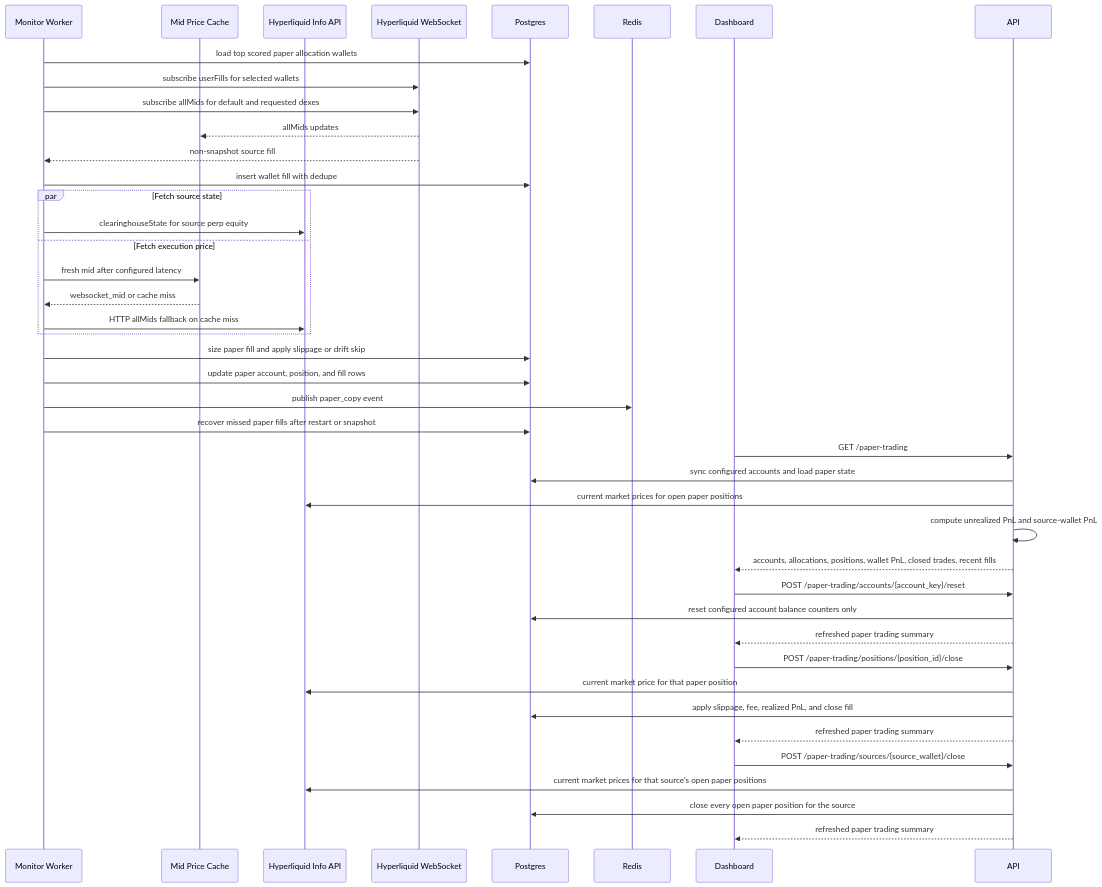
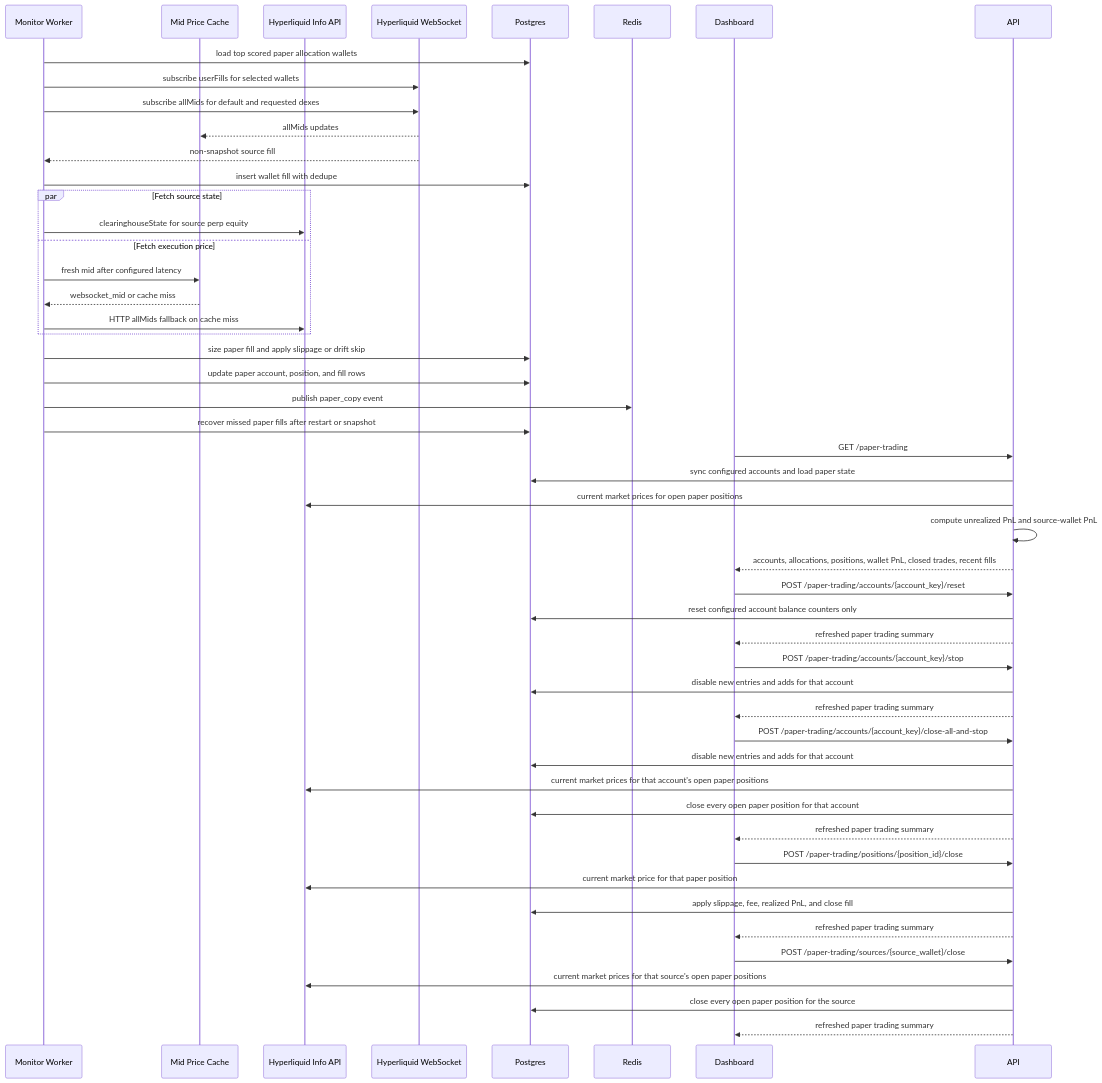
Before and after one commit to DrottPoker/copytrading-agent: the tenth of 10 diagrams in docs/architecture.md, drawn with Mermaid. The commit also changed other lines of this file and 5 other files, not shown here.

Commit message:
start/stop trading knapp patch

````diff
--- a/docs/architecture.md
+++ b/docs/architecture.md
@@ -543,44 +543,52 @@
 ```mermaid
 sequenceDiagram
   participant Worker as Monitor Worker
   participant PriceCache as Mid Price Cache
   participant HL as Hyperliquid Info API
   participant WS as Hyperliquid WebSocket
   participant DB as Postgres
   participant Redis as Redis
   participant UI as Dashboard
 
   Worker->>DB: load top scored paper allocation wallets
   Worker->>WS: subscribe userFills for selected wallets
   Worker->>WS: subscribe allMids for default and requested dexes
   WS-->>PriceCache: allMids updates
   WS-->>Worker: non-snapshot source fill
   Worker->>DB: insert wallet fill with dedupe
   par Fetch source state
     Worker->>HL: clearinghouseState for source perp equity
   and Fetch execution price
     Worker->>PriceCache: fresh mid after configured latency
     PriceCache-->>Worker: websocket_mid or cache miss
     Worker->>HL: HTTP allMids fallback on cache miss
   end
   Worker->>DB: size paper fill and apply slippage or drift skip
   Worker->>DB: update paper account, position, and fill rows
   Worker->>Redis: publish paper_copy event
   Worker->>DB: recover missed paper fills after restart or snapshot
   UI->>API: GET /paper-trading
   API->>DB: sync configured accounts and load paper state
   API->>HL: current market prices for open paper positions
   API->>API: compute unrealized PnL and source-wallet PnL
   API-->>UI: accounts, allocations, positions, wallet PnL, closed trades, recent fills
   UI->>API: POST /paper-trading/accounts/{account_key}/reset
   API->>DB: reset configured account balance counters only
   API-->>UI: refreshed paper trading summary
+  UI->>API: POST /paper-trading/accounts/{account_key}/stop
+  API->>DB: disable new entries and adds for that account
+  API-->>UI: refreshed paper trading summary
+  UI->>API: POST /paper-trading/accounts/{account_key}/close-all-and-stop
+  API->>DB: disable new entries and adds for that account
+  API->>HL: current market prices for that account's open paper positions
+  API->>DB: close every open paper position for that account
+  API-->>UI: refreshed paper trading summary
   UI->>API: POST /paper-trading/positions/{position_id}/close
   API->>HL: current market price for that paper position
   API->>DB: apply slippage, fee, realized PnL, and close fill
   API-->>UI: refreshed paper trading summary
   UI->>API: POST /paper-trading/sources/{source_wallet}/close
   API->>HL: current market prices for that source's open paper positions
   API->>DB: close every open paper position for the source
   API-->>UI: refreshed paper trading summary
 ```
````
